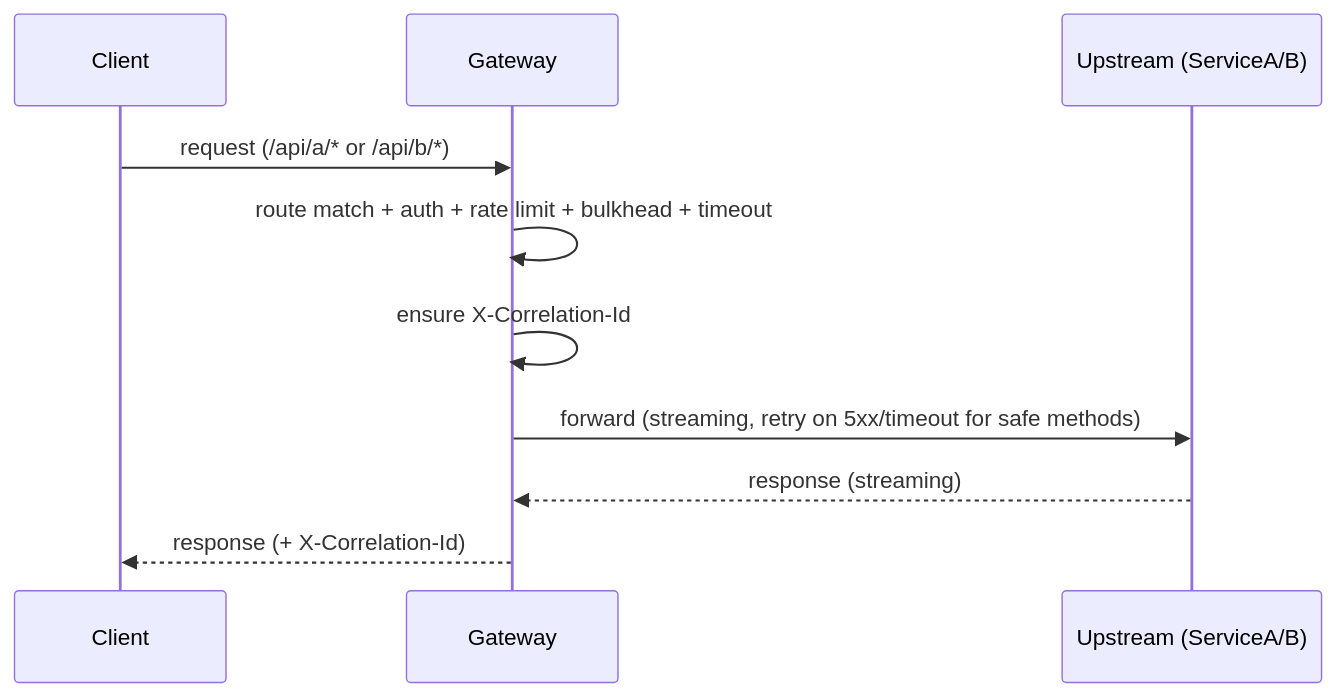
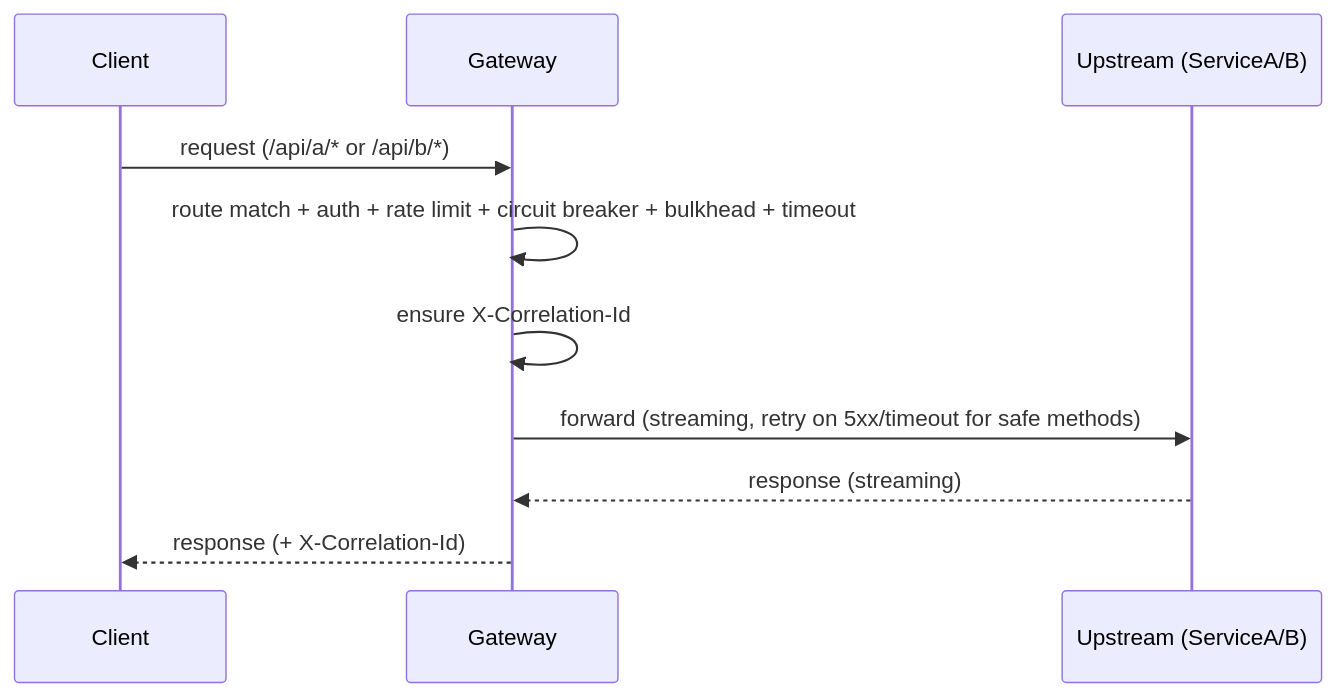
One commit to Am64r/mini-gateway changed the first of 3 diagrams in README.md. Above: the diagram before and after it, drawn with Mermaid. The commit also changed other lines of this file and 5 other files, not shown here.

Commit message:
added circuit breaker to reject upstream requests and return 503 if per-route failures exceed threshold

````diff
--- a/README.md
+++ b/README.md
@@ -7,13 +7,13 @@
 ```mermaid
 sequenceDiagram
     participant C as Client
     participant G as Gateway
     participant U as Upstream (ServiceA/B)
 
     C->>G: request (/api/a/* or /api/b/*)
-    G->>G: route match + auth + rate limit + bulkhead + timeout
+    G->>G: route match + auth + rate limit + circuit breaker + bulkhead + timeout
     G->>G: ensure X-Correlation-Id
     G->>U: forward (streaming, retry on 5xx/timeout for safe methods)
     U-->>G: response (streaming)
     G-->>C: response (+ X-Correlation-Id)
 ```
````
